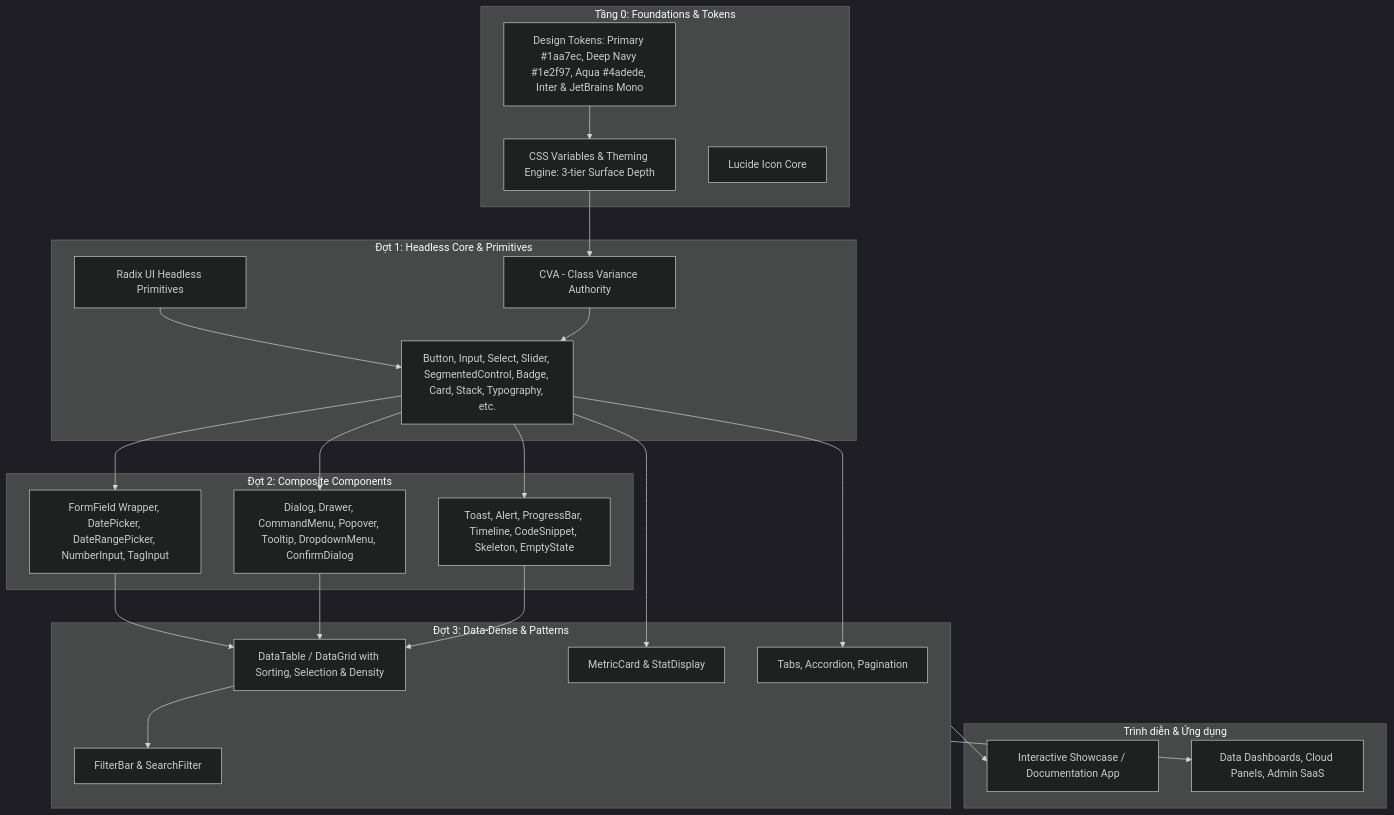
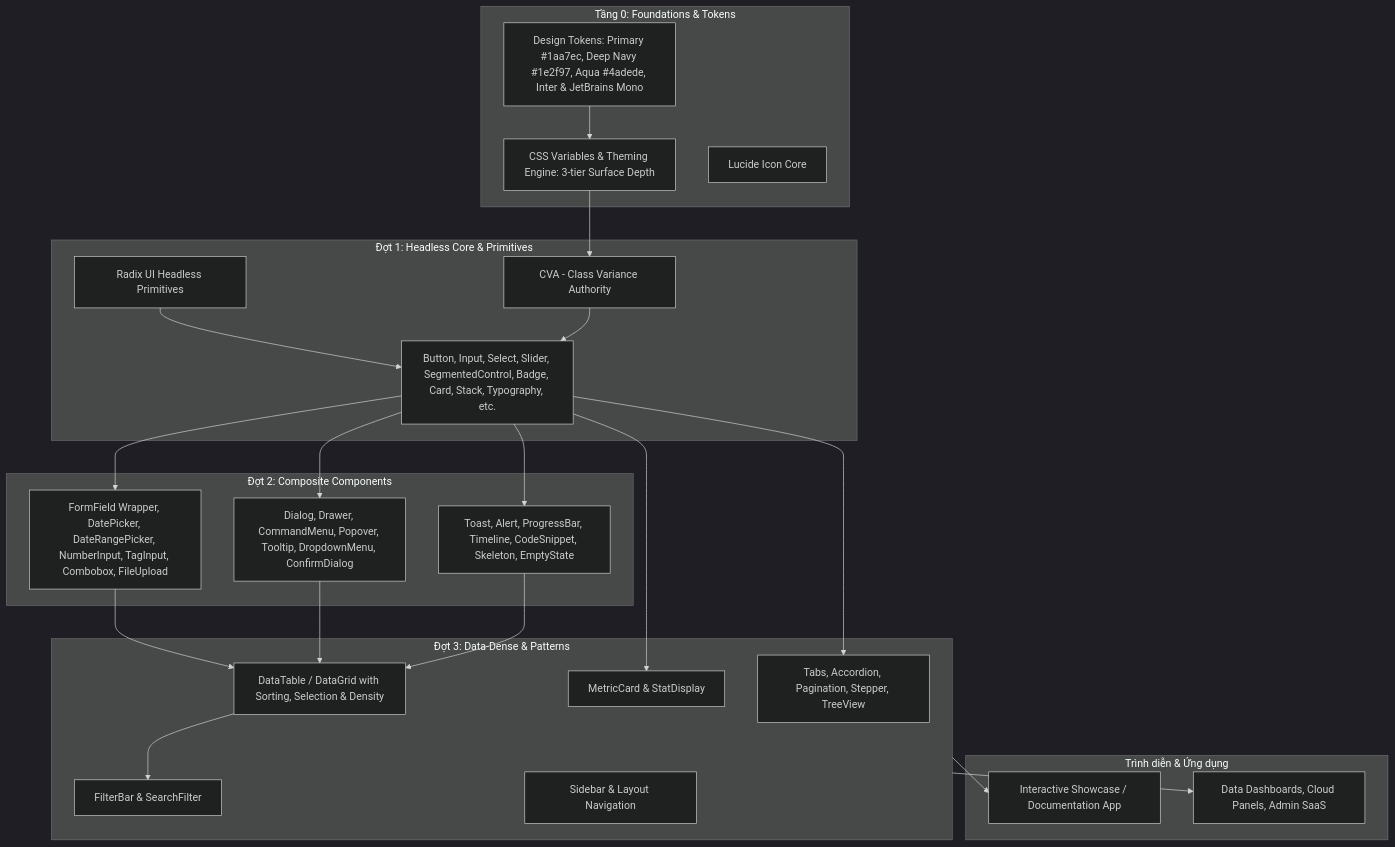
Before and after one commit to Belphegor2801/belp-ui-kit: the diagram in docs/ARCHITECTURE.md, drawn with Mermaid (dark theme). The commit also changed 17 other files, not shown here.

Commit message:
feat: add FileUpload, Combobox, Stepper, Sidebar, and TreeView components (v0.3.0)

````diff
--- a/docs/ARCHITECTURE.md
+++ b/docs/ARCHITECTURE.md
@@ -7,48 +7,49 @@
 ```mermaid
 flowchart TD
     subgraph Layer0["Tầng 0: Foundations & Tokens"]
         Tokens[Design Tokens: Primary #1aa7ec, Deep Navy #1e2f97, Aqua #4adede, Inter & JetBrains Mono]
         CSSVars[CSS Variables & Theming Engine: 3-tier Surface Depth]
         Icons[Lucide Icon Core]
     end
 
     subgraph Layer1["Đợt 1: Headless Core & Primitives"]
         RadixPrimitives[Radix UI Headless Primitives]
         BaseStyles[CVA - Class Variance Authority]
         Primitives[Button, Input, Select, Slider, SegmentedControl, Badge, Card, Stack, Typography, etc.]
     end
 
     subgraph Layer2["Đợt 2: Composite Components"]
-        FormFields[FormField Wrapper, DatePicker, DateRangePicker, NumberInput, TagInput]
+        FormFields[FormField Wrapper, DatePicker, DateRangePicker, NumberInput, TagInput, Combobox, FileUpload]
         Overlays[Dialog, Drawer, CommandMenu, Popover, Tooltip, DropdownMenu, ConfirmDialog]
         Feedback[Toast, Alert, ProgressBar, Timeline, CodeSnippet, Skeleton, EmptyState]
     end
 
     subgraph Layer3["Đợt 3: Data-Dense & Patterns"]
         DataTable[DataTable / DataGrid with Sorting, Selection & Density]
         DataFilters[FilterBar & SearchFilter]
         Metrics[MetricCard & StatDisplay]
-        Nav[Tabs, Accordion, Pagination]
+        Nav[Tabs, Accordion, Pagination, Stepper, TreeView]
+        Shell[Sidebar & Layout Navigation]
     end
 
     subgraph Consumers["Trình diễn & Ứng dụng"]
         Playground[Interactive Showcase / Documentation App]
         EndUserApps[Data Dashboards, Cloud Panels, Admin SaaS]
     end
 
     Tokens --> CSSVars
     CSSVars --> BaseStyles
     RadixPrimitives --> Primitives
     BaseStyles --> Primitives
     Primitives --> FormFields
     Primitives --> Overlays
     Primitives --> Feedback
     FormFields --> DataTable
     Overlays --> DataTable
     Feedback --> DataTable
     DataTable --> DataFilters
     Primitives --> Metrics
     Primitives --> Nav
     Layer3 --> Playground
     Layer3 --> EndUserApps
 ```
````
